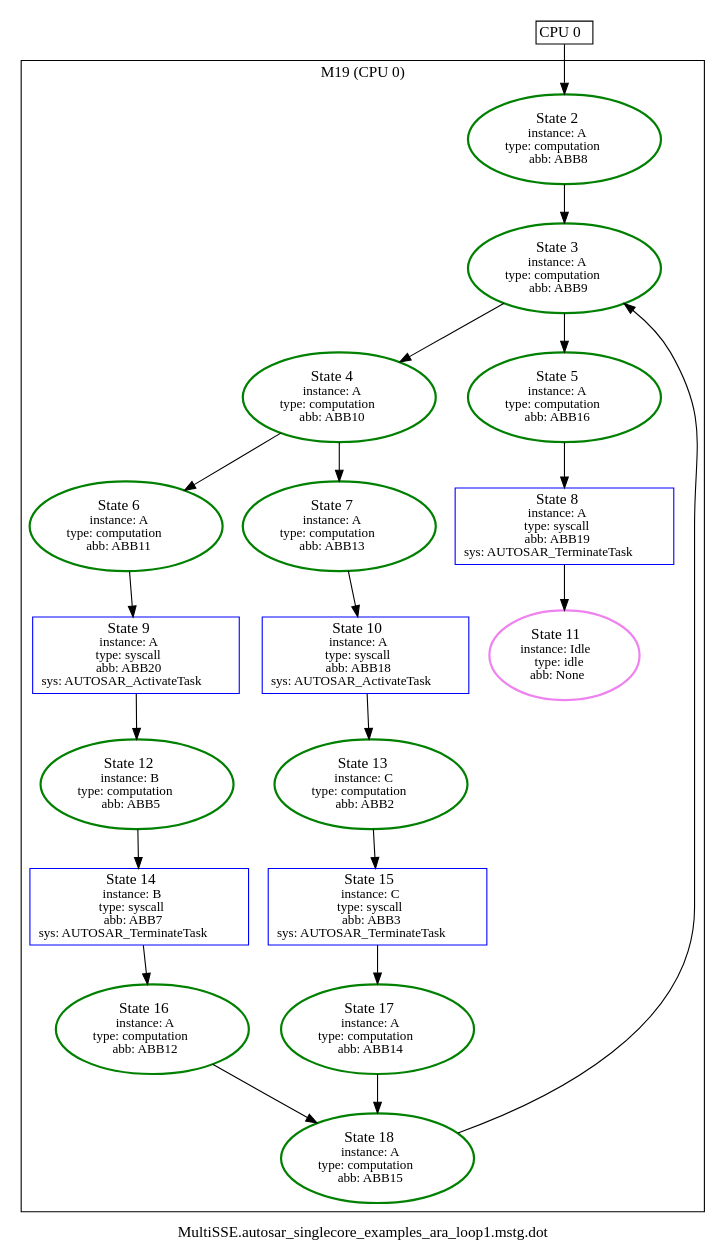
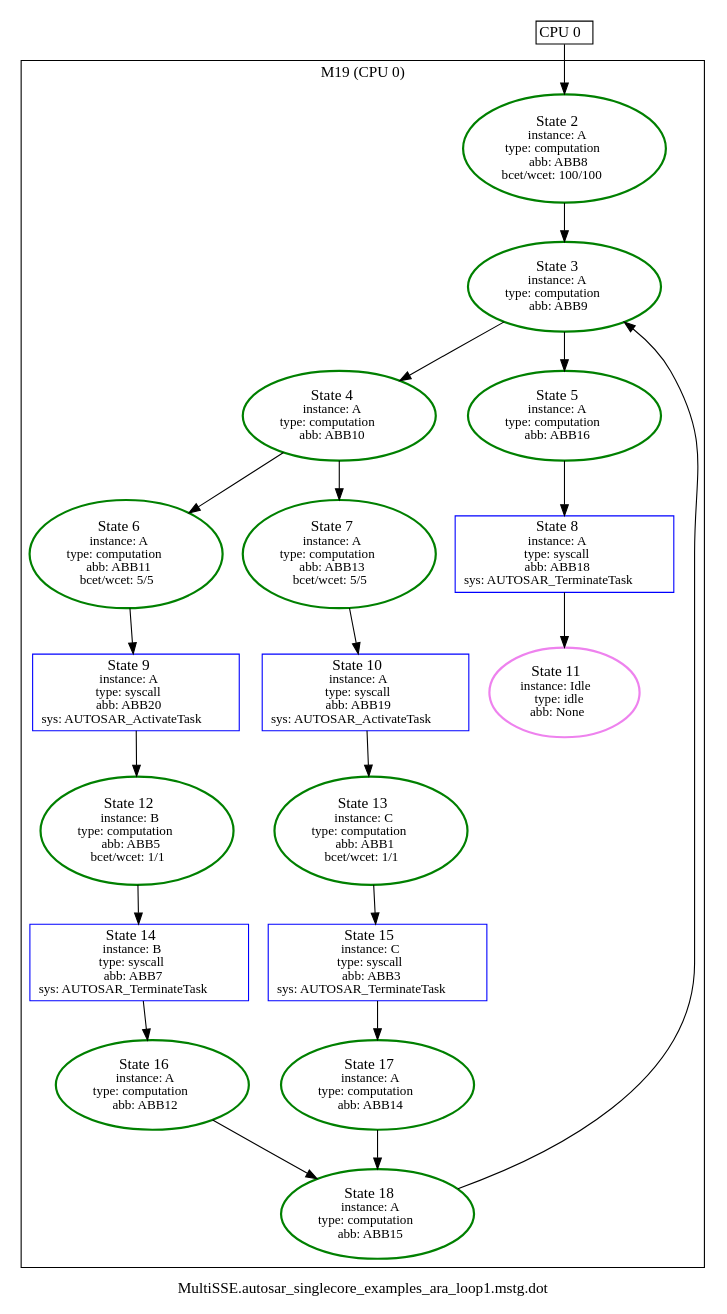
The diagram in appl/AUTOSAR/singlecore/examples/MultiSSE.autosar_singlecore_examples_ara_loop1.mstg.dot (luhsra/ara), drawn with Graphviz before and after one commit. The commit also changed 17 other files, not shown here.

```diff
--- a/appl/AUTOSAR/singlecore/examples/MultiSSE.autosar_singlecore_examples_ara_loop1.mstg.dot
+++ b/appl/AUTOSAR/singlecore/examples/MultiSSE.autosar_singlecore_examples_ara_loop1.mstg.dot
@@ -1,44 +1,44 @@
 digraph G {
 label="MultiSSE.autosar_singlecore_examples_ara_loop1.mstg.dot";
 1 [label=<<TABLE BORDER="0" CELLBORDER="1" CELLSPACING="0"><TR><TD PORT="c0">CPU 0</TD></TR></TABLE>>, shape=plaintext, tooltip=1];
 subgraph cluster_19 {
 label="M19 (CPU 0)";
-2 [color=green, fontsize=14, label=<State 2<br/><font point-size='12'>instance: A<br/>type: computation<br/>abb: ABB8</font>>, style=bold, tooltip=2];
+2 [color=green, fontsize=14, label=<State 2<br/><font point-size='12'>instance: A<br/>type: computation<br/>abb: ABB8<br/>bcet/wcet: 100/100</font>>, style=bold, tooltip=2];
 3 [color=green, fontsize=14, label=<State 3<br/><font point-size='12'>instance: A<br/>type: computation<br/>abb: ABB9</font>>, style=bold, tooltip=3];
 4 [color=green, fontsize=14, label=<State 4<br/><font point-size='12'>instance: A<br/>type: computation<br/>abb: ABB10</font>>, style=bold, tooltip=4];
 5 [color=green, fontsize=14, label=<State 5<br/><font point-size='12'>instance: A<br/>type: computation<br/>abb: ABB16</font>>, style=bold, tooltip=5];
-6 [color=green, fontsize=14, label=<State 6<br/><font point-size='12'>instance: A<br/>type: computation<br/>abb: ABB11</font>>, style=bold, tooltip=6];
-7 [color=green, fontsize=14, label=<State 7<br/><font point-size='12'>instance: A<br/>type: computation<br/>abb: ABB13</font>>, style=bold, tooltip=7];
-8 [color=blue, fontsize=14, label=<State 8<br/><font point-size='12'>instance: A<br/>type: syscall<br/>abb: ABB19<br/>sys: AUTOSAR_TerminateTask</font>>, shape=box, tooltip=8];
+6 [color=green, fontsize=14, label=<State 6<br/><font point-size='12'>instance: A<br/>type: computation<br/>abb: ABB11<br/>bcet/wcet: 5/5</font>>, style=bold, tooltip=6];
+7 [color=green, fontsize=14, label=<State 7<br/><font point-size='12'>instance: A<br/>type: computation<br/>abb: ABB13<br/>bcet/wcet: 5/5</font>>, style=bold, tooltip=7];
+8 [color=blue, fontsize=14, label=<State 8<br/><font point-size='12'>instance: A<br/>type: syscall<br/>abb: ABB18<br/>sys: AUTOSAR_TerminateTask</font>>, shape=box, tooltip=8];
 9 [color=blue, fontsize=14, label=<State 9<br/><font point-size='12'>instance: A<br/>type: syscall<br/>abb: ABB20<br/>sys: AUTOSAR_ActivateTask</font>>, shape=box, tooltip=9];
-10 [color=blue, fontsize=14, label=<State 10<br/><font point-size='12'>instance: A<br/>type: syscall<br/>abb: ABB18<br/>sys: AUTOSAR_ActivateTask</font>>, shape=box, tooltip=10];
+10 [color=blue, fontsize=14, label=<State 10<br/><font point-size='12'>instance: A<br/>type: syscall<br/>abb: ABB19<br/>sys: AUTOSAR_ActivateTask</font>>, shape=box, tooltip=10];
 11 [color=violet, fontsize=14, label=<State 11<br/><font point-size='12'>instance: Idle<br/>type: idle<br/>abb: None</font>>, style=bold, tooltip=11];
-12 [color=green, fontsize=14, label=<State 12<br/><font point-size='12'>instance: B<br/>type: computation<br/>abb: ABB5</font>>, style=bold, tooltip=12];
-13 [color=green, fontsize=14, label=<State 13<br/><font point-size='12'>instance: C<br/>type: computation<br/>abb: ABB2</font>>, style=bold, tooltip=13];
+12 [color=green, fontsize=14, label=<State 12<br/><font point-size='12'>instance: B<br/>type: computation<br/>abb: ABB5<br/>bcet/wcet: 1/1</font>>, style=bold, tooltip=12];
+13 [color=green, fontsize=14, label=<State 13<br/><font point-size='12'>instance: C<br/>type: computation<br/>abb: ABB1<br/>bcet/wcet: 1/1</font>>, style=bold, tooltip=13];
 14 [color=blue, fontsize=14, label=<State 14<br/><font point-size='12'>instance: B<br/>type: syscall<br/>abb: ABB7<br/>sys: AUTOSAR_TerminateTask</font>>, shape=box, tooltip=14];
 15 [color=blue, fontsize=14, label=<State 15<br/><font point-size='12'>instance: C<br/>type: syscall<br/>abb: ABB3<br/>sys: AUTOSAR_TerminateTask</font>>, shape=box, tooltip=15];
 16 [color=green, fontsize=14, label=<State 16<br/><font point-size='12'>instance: A<br/>type: computation<br/>abb: ABB12</font>>, style=bold, tooltip=16];
 17 [color=green, fontsize=14, label=<State 17<br/><font point-size='12'>instance: A<br/>type: computation<br/>abb: ABB14</font>>, style=bold, tooltip=17];
 18 [color=green, fontsize=14, label=<State 18<br/><font point-size='12'>instance: A<br/>type: computation<br/>abb: ABB15</font>>, style=bold, tooltip=18];
 }
 
 1:c0 -> 2  [color=black];
 2 -> 3  [color=black];
 3 -> 4  [color=black];
 3 -> 5  [color=black];
 4 -> 6  [color=black];
 4 -> 7  [color=black];
 5 -> 8  [color=black];
 6 -> 9  [color=black];
 7 -> 10  [color=black];
 8 -> 11  [color=black];
 9 -> 12  [color=black];
 10 -> 13  [color=black];
 12 -> 14  [color=black];
 13 -> 15  [color=black];
 14 -> 16  [color=black];
 15 -> 17  [color=black];
 16 -> 18  [color=black];
 17 -> 18  [color=black];
 18 -> 3  [color=black];
 }
```
